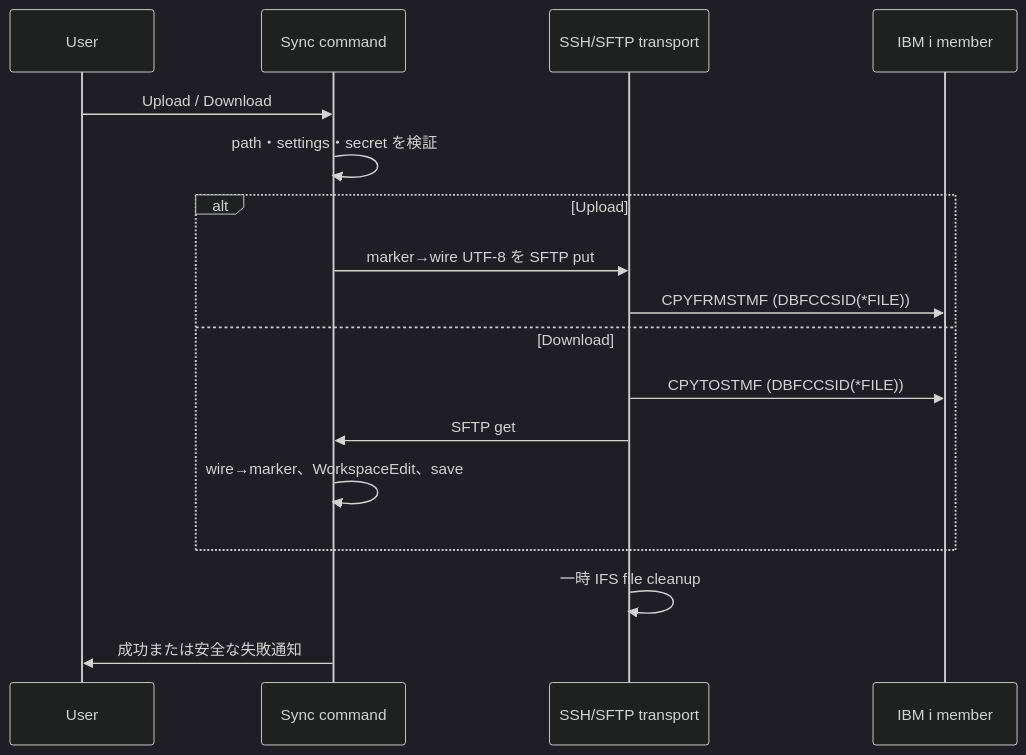
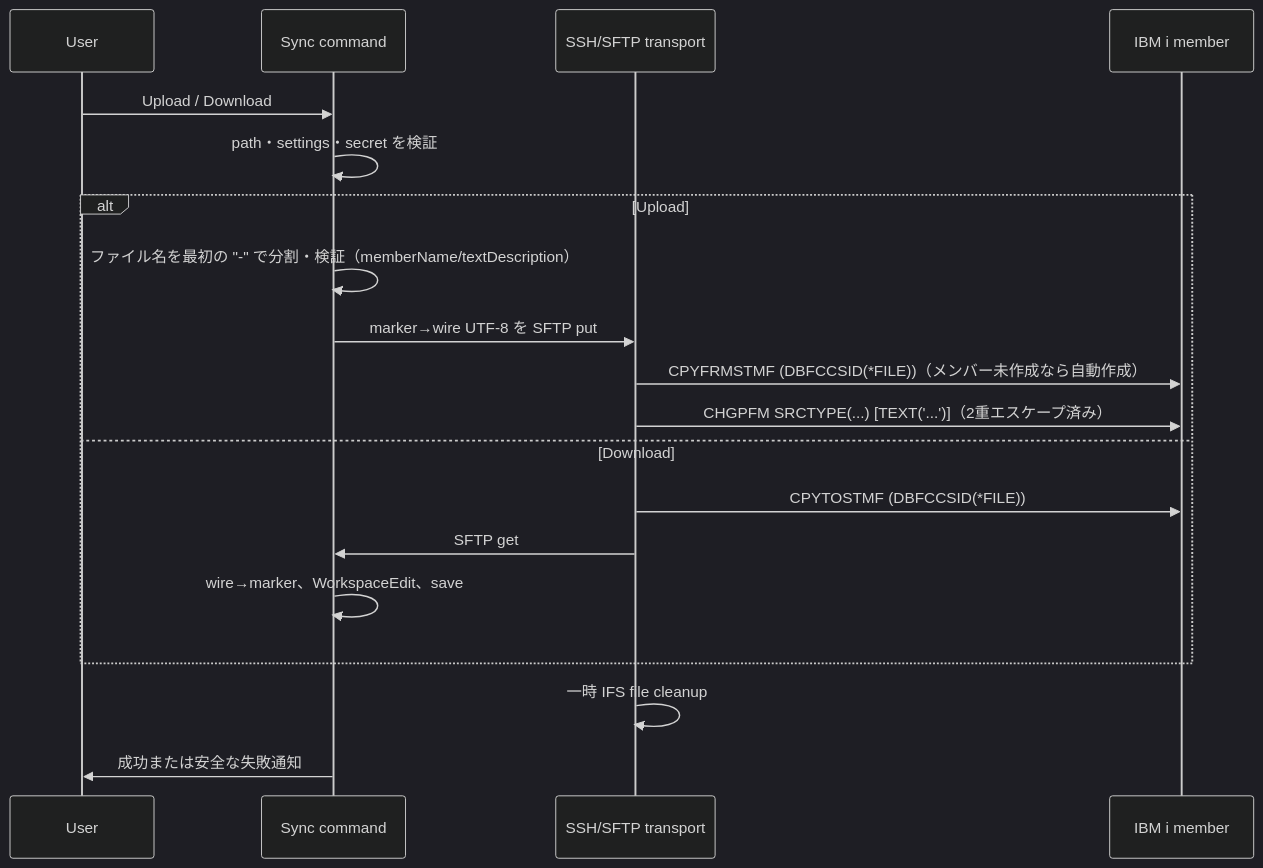
One commit to asaomaro/as400-coding-helper changed the diagram in .aidev/works/20260910-ibmi-source-member-sync/walkthrough.md. Above: the diagram before and after it, drawn with Mermaid (dark theme). The commit also changed other lines of this file and 15 other files, not shown here.

````diff
--- a/.aidev/works/20260910-ibmi-source-member-sync/walkthrough.md
+++ b/.aidev/works/20260910-ibmi-source-member-sync/walkthrough.md
@@ -16,20 +21,22 @@
 ```mermaid
 sequenceDiagram
   participant U as User
   participant C as Sync command
   participant T as SSH/SFTP transport
   participant M as IBM i member
 
   U->>C: Upload / Download
   C->>C: path・settings・secret を検証
   alt Upload
+    C->>C: ファイル名を最初の "-" で分割・検証（memberName/textDescription）
     C->>T: marker→wire UTF-8 を SFTP put
-    T->>M: CPYFRMSTMF (DBFCCSID(*FILE))
+    T->>M: CPYFRMSTMF (DBFCCSID(*FILE))（メンバー未作成なら自動作成）
+    T->>M: CHGPFM SRCTYPE(...) [TEXT('...')]（2重エスケープ済み）
   else Download
     T->>M: CPYTOSTMF (DBFCCSID(*FILE))
     T->>C: SFTP get
     C->>C: wire→marker、WorkspaceEdit、save
   end
   T->>T: 一時 IFS file cleanup
   C->>U: 成功または安全な失敗通知
 ```
````
